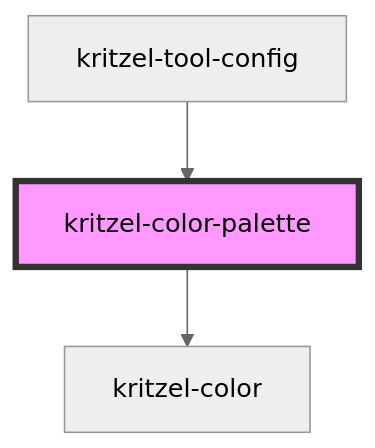
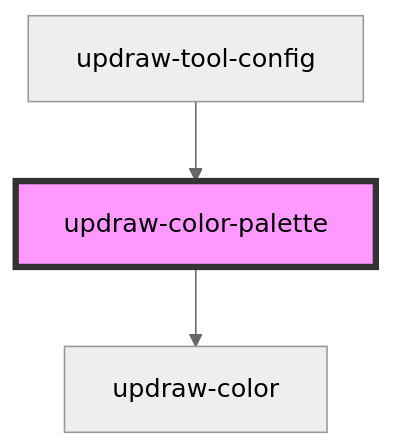
One commit to kasual1/kritzel changed the diagram in libs/editor/core/src/components/updraw-color-palette/readme.md. Above: the diagram before and after it, drawn with Mermaid (neutral theme). The commit also changed other lines of this file and 1129 other files, not shown here.

First line of the commit message:
Replace kritzel with updraw across the codebase

````diff
--- a/libs/editor/core/src/components/updraw-color-palette/readme.md
+++ b/libs/editor/core/src/components/updraw-color-palette/readme.md
@@ -38,6 +38,6 @@
 ```mermaid
 graph TD;
-  kritzel-color-palette --> kritzel-color
-  kritzel-tool-config --> kritzel-color-palette
-  style kritzel-color-palette fill:#f9f,stroke:#333,stroke-width:4px
+  updraw-color-palette --> updraw-color
+  updraw-tool-config --> updraw-color-palette
+  style updraw-color-palette fill:#f9f,stroke:#333,stroke-width:4px
 ```
````
